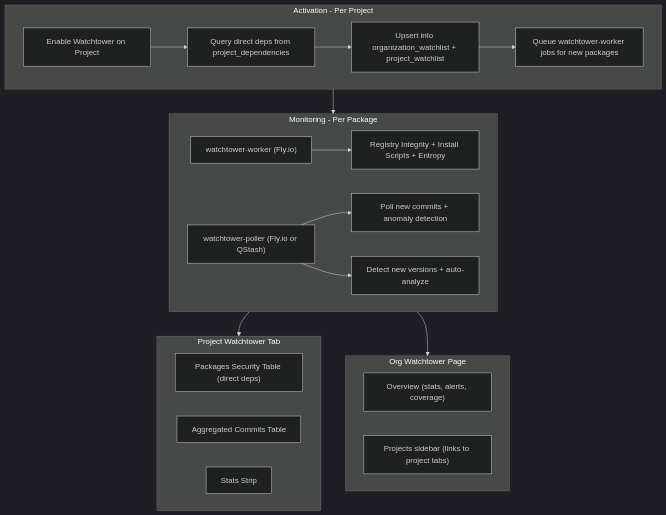
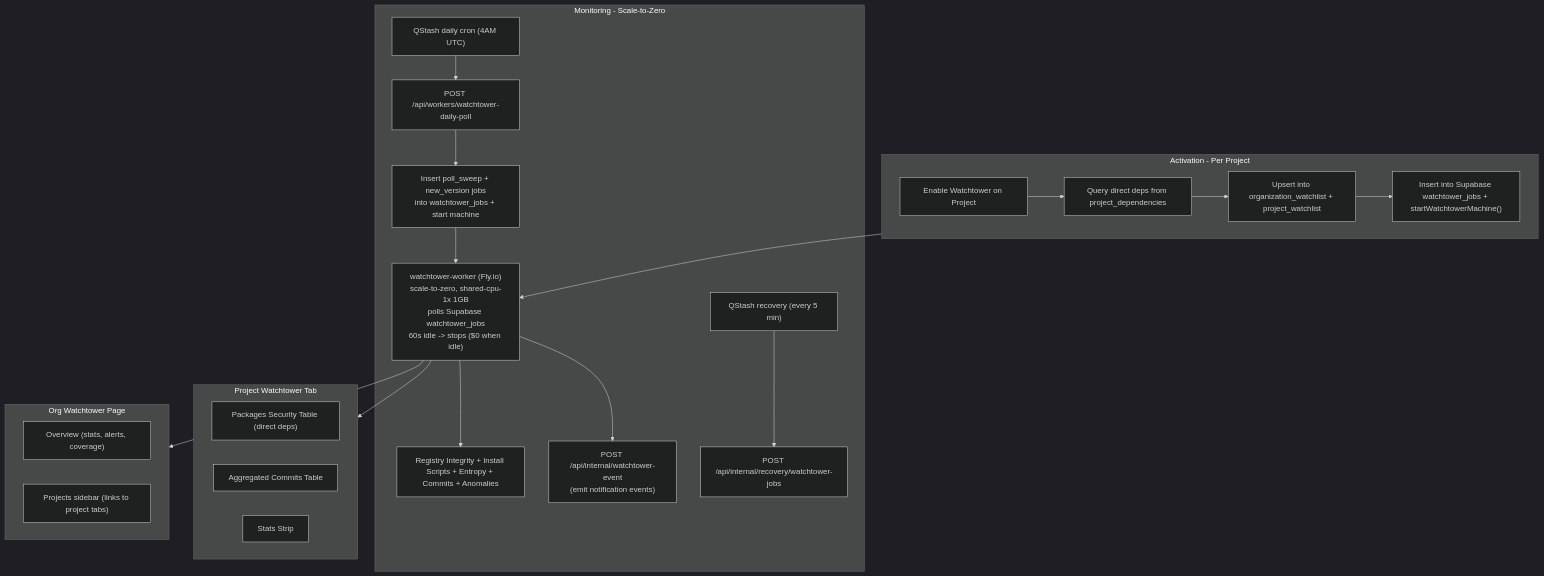
One commit to deptex/deptex changed the diagram in .cursor/plans/phase_10b_watchtower_org_ae3ae7a1.plan.md. Above: the diagram before and after it, drawn with Mermaid (dark theme). The commit also changed other lines of this file and 269 other files, not shown here.

````diff
--- a/.cursor/plans/phase_10b_watchtower_org_ae3ae7a1.plan.md
+++ b/.cursor/plans/phase_10b_watchtower_org_ae3ae7a1.plan.md
@@ -72,29 +122,33 @@
 ```mermaid
 graph TD
     subgraph activation [Activation - Per Project]
         Toggle["Enable Watchtower on Project"] --> QueryDeps["Query direct deps from project_dependencies"]
         QueryDeps --> Upsert["Upsert into organization_watchlist + project_watchlist"]
-        Upsert --> QueueJobs["Queue watchtower-worker jobs for new packages"]
+        Upsert --> InsertJobs["Insert into Supabase watchtower_jobs + startWatchtowerMachine()"]
     end
 
-    subgraph monitoring [Monitoring - Per Package]
-        Worker["watchtower-worker (Fly.io)"] --> Checks["Registry Integrity + Install Scripts + Entropy"]
-        Poller["watchtower-poller (Fly.io or QStash)"] --> NewCommits["Poll new commits + anomaly detection"]
-        Poller --> NewVersions["Detect new versions + auto-analyze"]
+    subgraph monitoring [Monitoring - Scale-to-Zero]
+        Machine["watchtower-worker (Fly.io)<br/>scale-to-zero, shared-cpu-1x 1GB<br/>polls Supabase watchtower_jobs<br/>60s idle -> stops ($0 when idle)"]
+        Machine --> Checks["Registry Integrity + Install Scripts + Entropy + Commits + Anomalies"]
+        Machine --> Events["POST /api/internal/watchtower-event<br/>(emit notification events)"]
+        Cron["QStash daily cron (4AM UTC)"] --> PollEndpoint["POST /api/workers/watchtower-daily-poll"]
+        PollEndpoint --> InsertPollJobs["Insert poll_sweep + new_version jobs<br/>into watchtower_jobs + start machine"]
+        RecoveryCron["QStash recovery (every 5 min)"] --> RecoveryEndpoint["POST /api/internal/recovery/watchtower-jobs"]
     end
 
     subgraph projectUI [Project Watchtower Tab]
         PkgTable["Packages Security Table (direct deps)"]
         CommitsTable["Aggregated Commits Table"]
         StatsStrip["Stats Strip"]
     end
 
     subgraph orgUI [Org Watchtower Page]
         OrgOverview["Overview (stats, alerts, coverage)"]
         ProjectList["Projects sidebar (links to project tabs)"]
     end
 
-    activation --> monitoring
-    monitoring --> projectUI
-    monitoring --> orgUI
+    activation --> Machine
+    InsertPollJobs --> Machine
+    Machine --> projectUI
+    Machine --> orgUI
 ```
````
